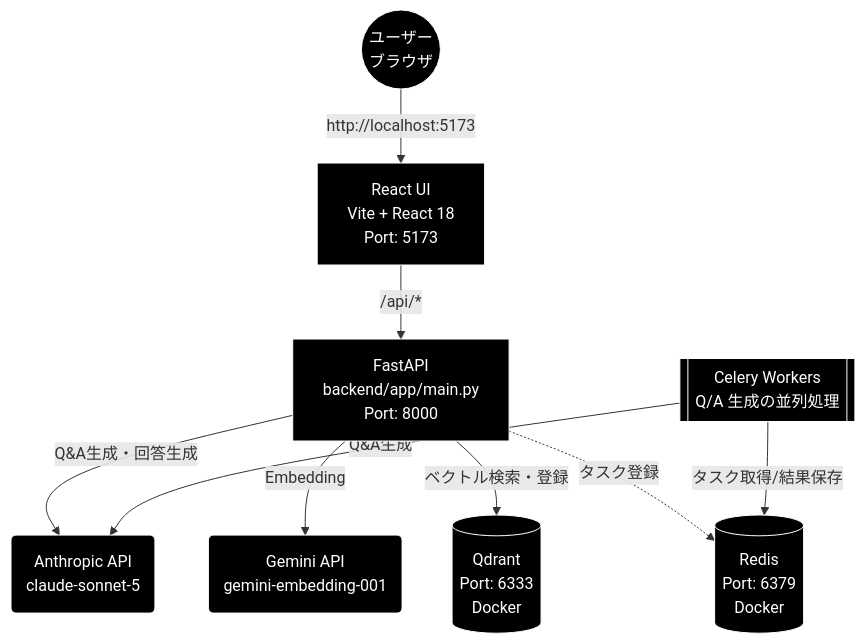
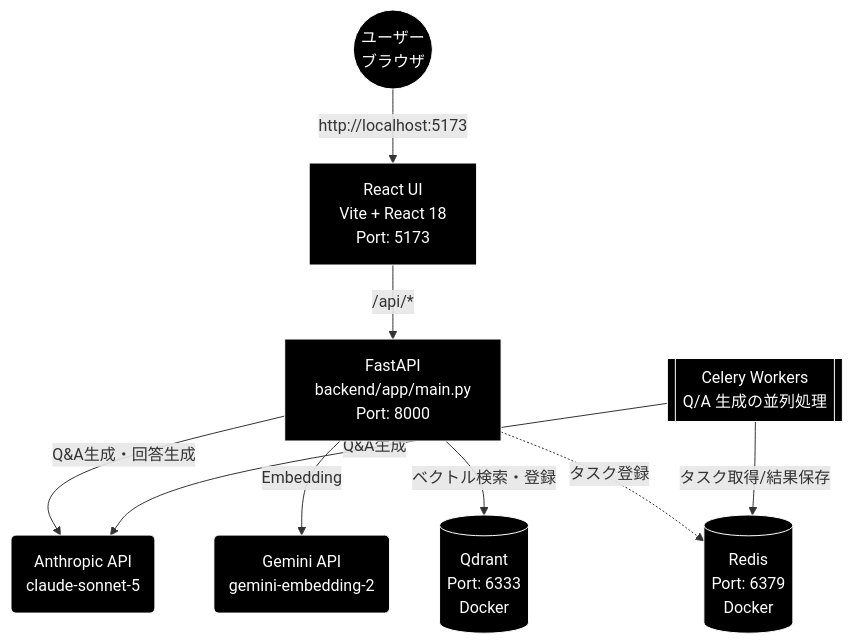
The diagram in qa_qdrant/docs/01_install.md (nakashima2toshio/grace_v2), drawn with Mermaid before and after one commit. The commit also changed other lines of this file and 45 other files, not shown here.

First line of the commit message:
docs: 現在の Embedding の記述を gemini-embedding-2 へ是正（約 40 文書）

````diff
--- a/qa_qdrant/docs/01_install.md
+++ b/qa_qdrant/docs/01_install.md
@@ -76,15 +76,15 @@
 ```mermaid
 graph TD
     User((ユーザー<br>ブラウザ)) -->|http://localhost:5173| React[React UI<br>Vite + React 18<br>Port: 5173]
     React -->|/api/*| API[FastAPI<br>backend/app/main.py<br>Port: 8000]
     API -->|Q&A生成・回答生成| Anthropic(Anthropic API<br>claude-sonnet-5)
-    API -->|Embedding| Gemini(Gemini API<br>gemini-embedding-001)
+    API -->|Embedding| Gemini(Gemini API<br>gemini-embedding-2)
     API -->|ベクトル検索・登録| Qdrant[(Qdrant<br>Port: 6333<br>Docker)]
     API -.->|タスク登録| Redis[(Redis<br>Port: 6379<br>Docker)]
     Celery[[Celery Workers<br>Q/A 生成の並列処理]]
     Celery -->|タスク取得/結果保存| Redis
     Celery -->|Q&A生成| Anthropic
 classDef default fill:#000,stroke:#fff,color:#fff
 classDef subgraphStyle fill:#1a1a1a,stroke:#fff,color:#fff
 class User,React,API,Anthropic,Gemini,Qdrant,Redis,Celery default
 ```
````
